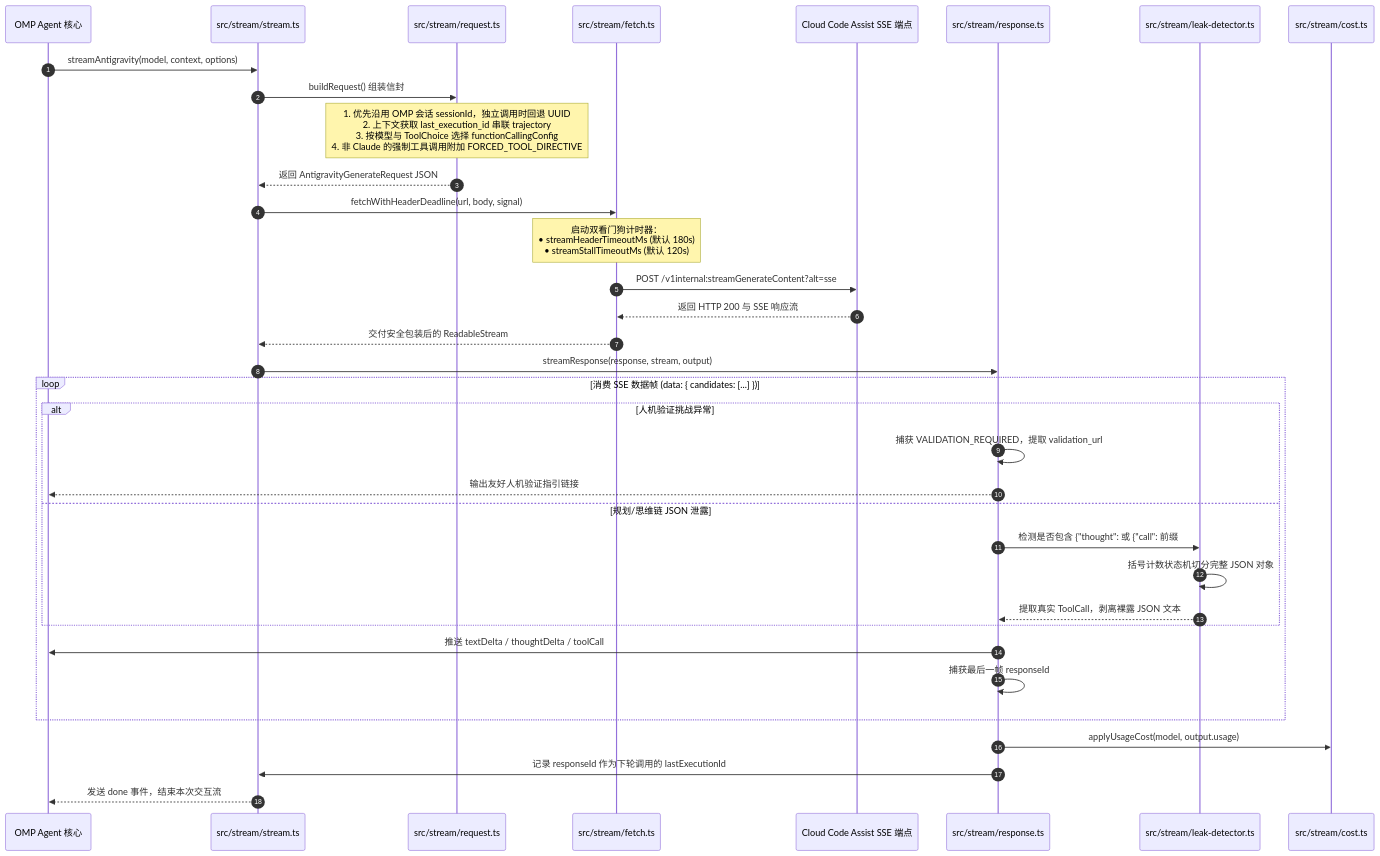
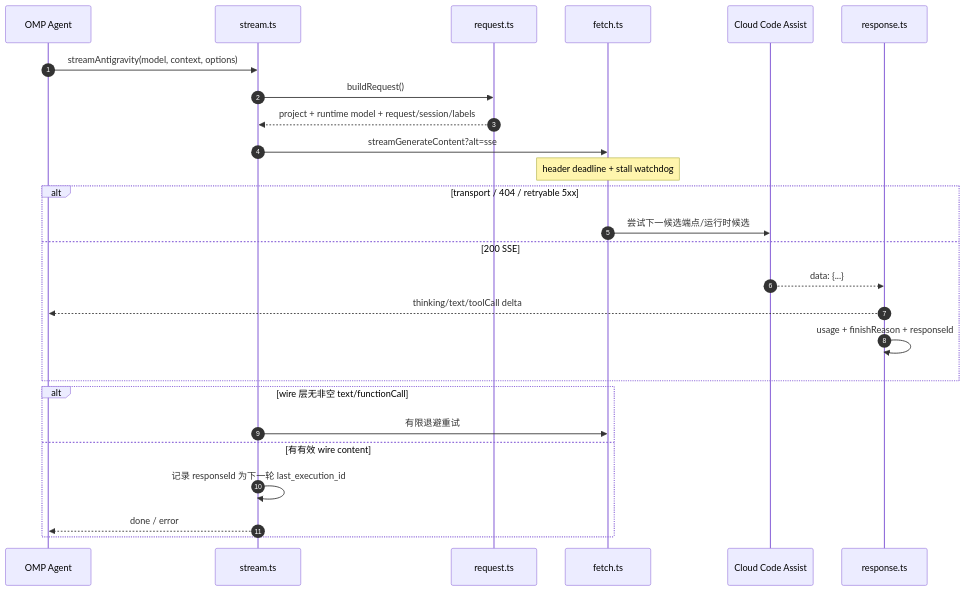
The third of 6 diagrams in README.md (oscs1024-pixel/omp-antigravity), drawn with Mermaid before and after one commit. The commit also changed other lines of this file, not shown here.

````diff
--- a/README.md
+++ b/README.md
@@ -211,43 +217,31 @@
 ```mermaid
 sequenceDiagram
     autonumber
-    participant Agent as OMP Agent 核心
-    participant Stream as src/stream/stream.ts
-    participant Req as src/stream/request.ts
-    participant Fetch as src/stream/fetch.ts
-    participant Google as Cloud Code Assist SSE 端点
-    participant Resp as src/stream/response.ts
-    participant Leak as src/stream/leak-detector.ts
-    participant Cost as src/stream/cost.ts
+    participant Agent as OMP Agent
+    participant Stream as stream.ts
+    participant Req as request.ts
+    participant Fetch as fetch.ts
+    participant Google as Cloud Code Assist
+    participant Resp as response.ts
 
     Agent->>Stream: streamAntigravity(model, context, options)
-    Stream->>Req: buildRequest() 组装信封
-    Note over Req: 1. 优先沿用 OMP 会话 sessionId，独立调用时回退 UUID<br/>2. 上下文获取 last_execution_id 串联 trajectory<br/>3. 按模型与 ToolChoice 选择 functionCallingConfig<br/>4. 非 Claude 的强制工具调用附加 FORCED_TOOL_DIRECTIVE
-    Req-->>Stream: 返回 AntigravityGenerateRequest JSON
+    Stream->>Req: buildRequest()
+    Req-->>Stream: project + runtime model + request/session/labels
+    Stream->>Fetch: streamGenerateContent?alt=sse
+    Note over Fetch: header deadline + stall watchdog
 
-    Stream->>Fetch: fetchWithHeaderDeadline(url, body, signal)
-    Note over Fetch: 启动双看门狗计时器：<br/>• streamHeaderTimeoutMs (默认 180s)<br/>• streamStallTimeoutMs (默认 120s)
-    Fetch->>Google: POST /v1internal:streamGenerateContent?alt=sse
-
-    Google-->>Fetch: 返回 HTTP 200 与 SSE 响应流
-    Fetch-->>Stream: 交付安全包装后的 ReadableStream
-    Stream->>Resp: streamResponse(response, stream, output)
-
-    loop 消费 SSE 数据帧 (data: { candidates: [...] })
-        alt 人机验证挑战异常
-            Resp->>Resp: 捕获 VALIDATION_REQUIRED，提取 validation_url
-            Resp-->>Agent: 输出友好人机验证指引链接
-        else 规划/思维链 JSON 泄露
-            Resp->>Leak: 检测是否包含 {"thought": 或 {"call": 前缀
-            Leak->>Leak: 括号计数状态机切分完整 JSON 对象
-            Leak-->>Resp: 提取真实 ToolCall，剥离裸露 JSON 文本
-        end
-
-        Resp->>Agent: 推送 textDelta / thoughtDelta / toolCall
-        Resp->>Resp: 捕获最后一帧 responseId
+    alt transport / 404 / retryable 5xx
+        Fetch->>Google: 尝试下一候选端点/运行时候选
+    else 200 SSE
+        Google-->>Resp: data: {...}
+        Resp-->>Agent: thinking/text/toolCall delta
+        Resp->>Resp: usage + finishReason + responseId
     end
 
-    Resp->>Cost: applyUsageCost(model, output.usage)
-    Resp->>Stream: 记录 responseId 作为下轮调用的 lastExecutionId
-    Stream-->>Agent: 发送 done 事件，结束本次交互流
+    alt wire 层无非空 text/functionCall
+        Stream->>Fetch: 有限退避重试
+    else 有有效 wire content
+        Stream->>Stream: 记录 responseId 为下一轮 last_execution_id
+        Stream-->>Agent: done / error
+    end
 ```
````
